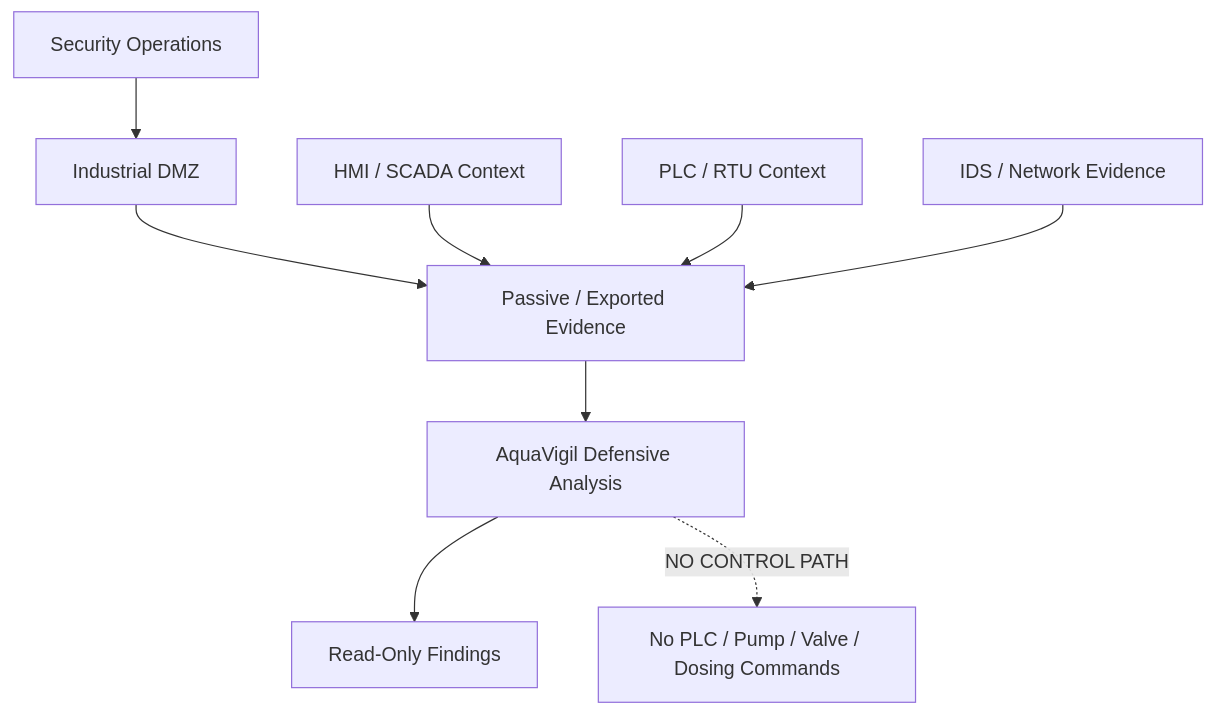
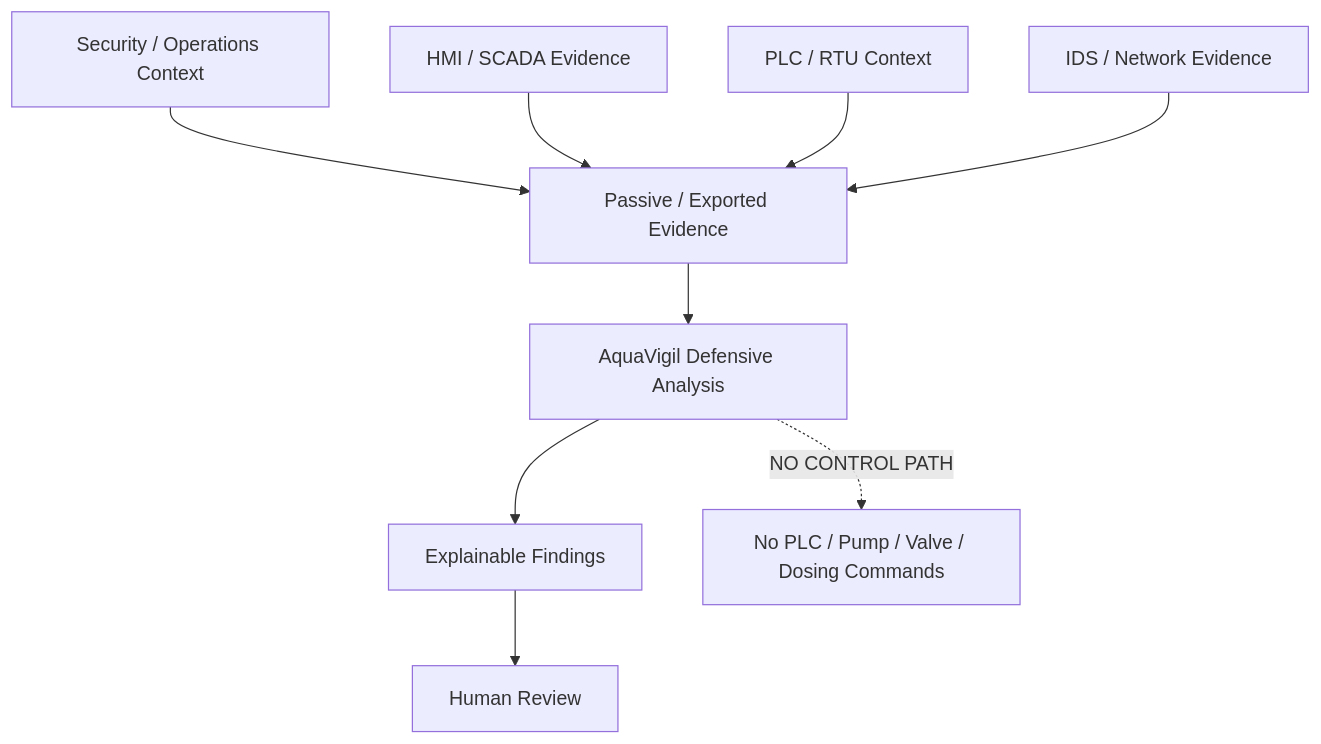
The sixth of 8 diagrams in README.md (HaziqBinAfzal/AquaVigil), drawn with Mermaid before and after one commit. The commit also changed other lines of this file, not shown here.

````diff
--- a/README.md
+++ b/README.md
@@ -413,24 +357,18 @@
 ```mermaid
 flowchart TB
-    SOC["Security Operations"]
-    DMZ["Industrial DMZ"]
-    HMI["HMI / SCADA Context"]
-    PLC["PLC / RTU Context"]
-    IDS["IDS / Network Evidence"]
+    A["Security / Operations Context"]
+    B["HMI / SCADA Evidence"]
+    C["PLC / RTU Context"]
+    D["IDS / Network Evidence"]
 
-    EXPORT["Passive / Exported Evidence"]
-    AQUA["AquaVigil Defensive Analysis"]
-    FINDINGS["Read-Only Findings"]
-    BLOCK["No PLC / Pump / Valve / Dosing Commands"]
+    A --> E["Passive / Exported Evidence"]
+    B --> E
+    C --> E
+    D --> E
 
-    SOC --> DMZ
-    DMZ --> EXPORT
+    E --> F["AquaVigil Defensive Analysis"]
+    F --> G["Explainable Findings"]
+    G --> H["Human Review"]
 
-    HMI --> EXPORT
-    PLC --> EXPORT
-    IDS --> EXPORT
-
-    EXPORT --> AQUA
-    AQUA --> FINDINGS
-    AQUA -. "NO CONTROL PATH" .-> BLOCK
+    F -. "NO CONTROL PATH" .-> I["No PLC / Pump / Valve / Dosing Commands"]
 ```
````
